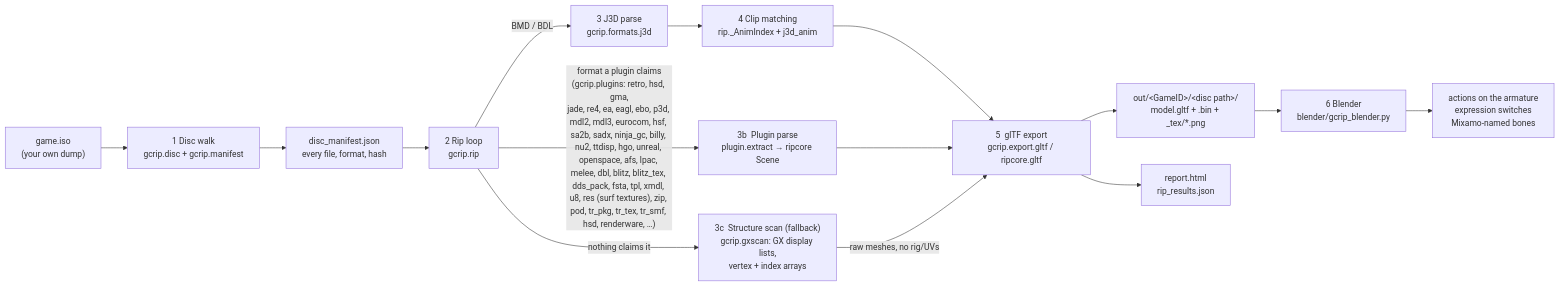
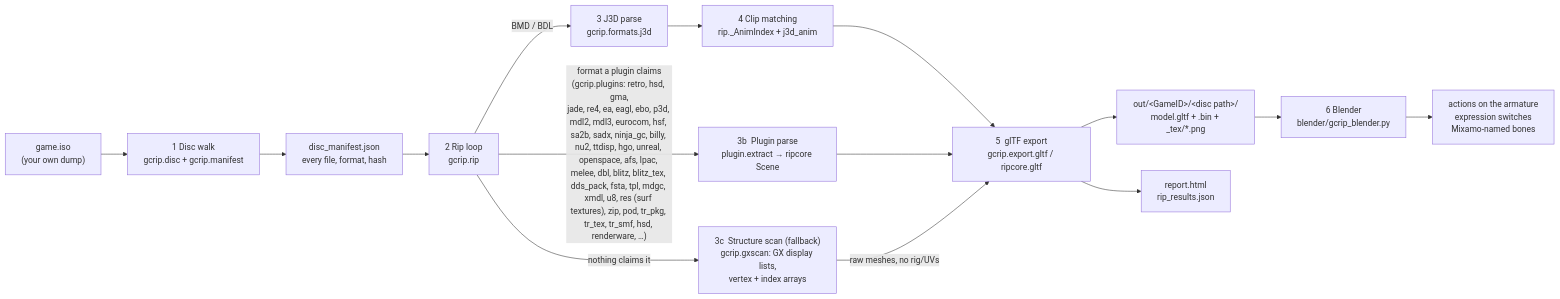
The first of 9 diagrams in docs/PIPELINE.md (Felbs/3d-ripper-9000), drawn with Mermaid before and after one commit. The commit also changed 5 other files, not shown here.

````diff
--- a/docs/PIPELINE.md
+++ b/docs/PIPELINE.md
@@ -11,17 +11,17 @@
 ```mermaid
 flowchart LR
     ISO["game.iso<br/>(your own dump)"] --> WALK["1  Disc walk<br/>gcrip.disc + gcrip.manifest"]
     WALK --> MAN["disc_manifest.json<br/>every file, format, hash"]
     MAN --> RIP["2  Rip loop<br/>gcrip.rip"]
     RIP -->|"BMD / BDL"| J3D["3  J3D parse<br/>gcrip.formats.j3d"]
-    RIP -->|"format a plugin claims<br/>(gcrip.plugins: retro, hsd, gma,<br/>jade, re4, ea, eagl, ebo, p3d, mdl2, mdl3, eurocom, hsf, sa2b, sadx, ninja_gc, billy, nu2, ttdisp, hgo, unreal, openspace, afs, lpac, melee, dbl, blitz, blitz_tex, dds_pack, fsta, tpl, xmdl, u8, res (surf textures), zip, pod, tr_pkg, tr_tex, tr_smf, hsd, renderware, …)"| PLUG["3b  Plugin parse<br/>plugin.extract → ripcore Scene"]
+    RIP -->|"format a plugin claims<br/>(gcrip.plugins: retro, hsd, gma,<br/>jade, re4, ea, eagl, ebo, p3d, mdl2, mdl3, eurocom, hsf, sa2b, sadx, ninja_gc, billy, nu2, ttdisp, hgo, unreal, openspace, afs, lpac, melee, dbl, blitz, blitz_tex, dds_pack, fsta, tpl, mdgc, xmdl, u8, res (surf textures), zip, pod, tr_pkg, tr_tex, tr_smf, hsd, renderware, …)"| PLUG["3b  Plugin parse<br/>plugin.extract → ripcore Scene"]
     RIP -->|"nothing claims it"| GX["3c  Structure scan (fallback)<br/>gcrip.gxscan: GX display lists,<br/>vertex + index arrays"]
     J3D --> ANIM["4  Clip matching<br/>rip._AnimIndex + j3d_anim"]
     ANIM --> GLTF["5  glTF export<br/>gcrip.export.gltf / ripcore.gltf"]
     PLUG --> GLTF
     GX -->|"raw meshes, no rig/UVs"| GLTF
     GLTF --> OUT["out/&lt;GameID&gt;/&lt;disc path&gt;/<br/>model.gltf + .bin + _tex/*.png"]
     GLTF --> REP["report.html<br/>rip_results.json"]
     OUT --> BL["6  Blender<br/>blender/gcrip_blender.py"]
     BL --> PLAY["actions on the armature<br/>expression switches<br/>Mixamo-named bones"]
 ```
````
